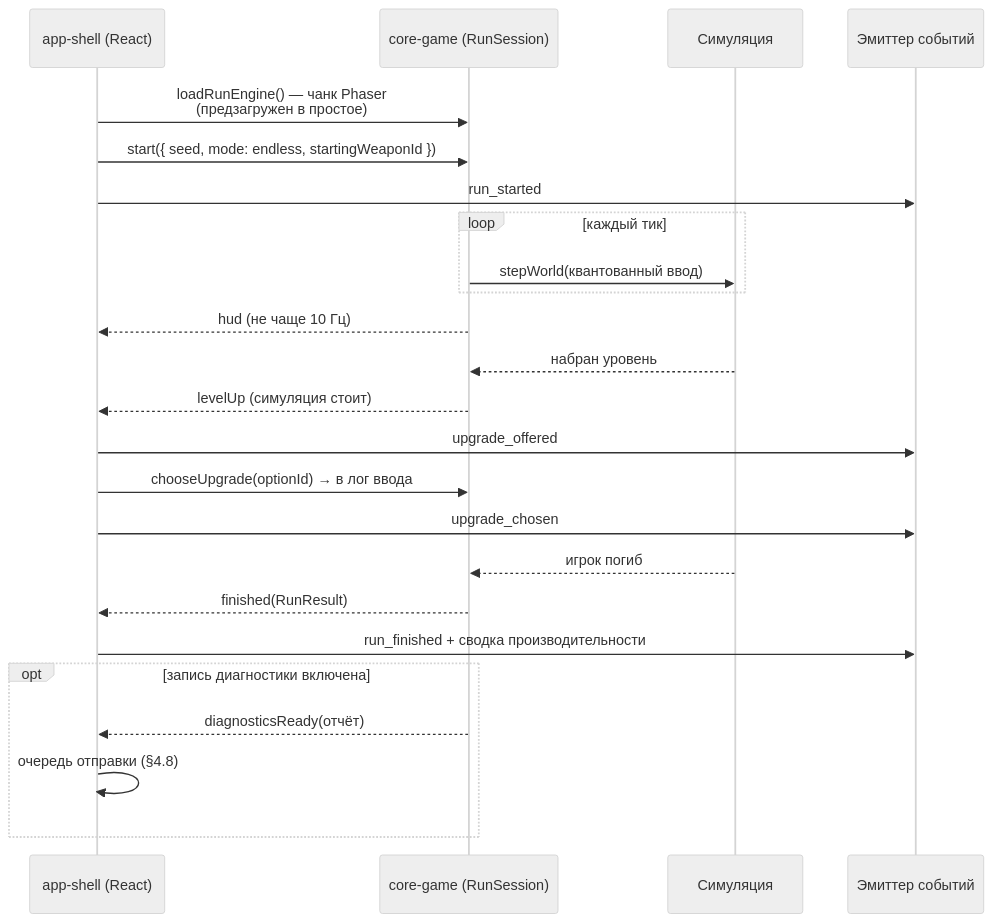
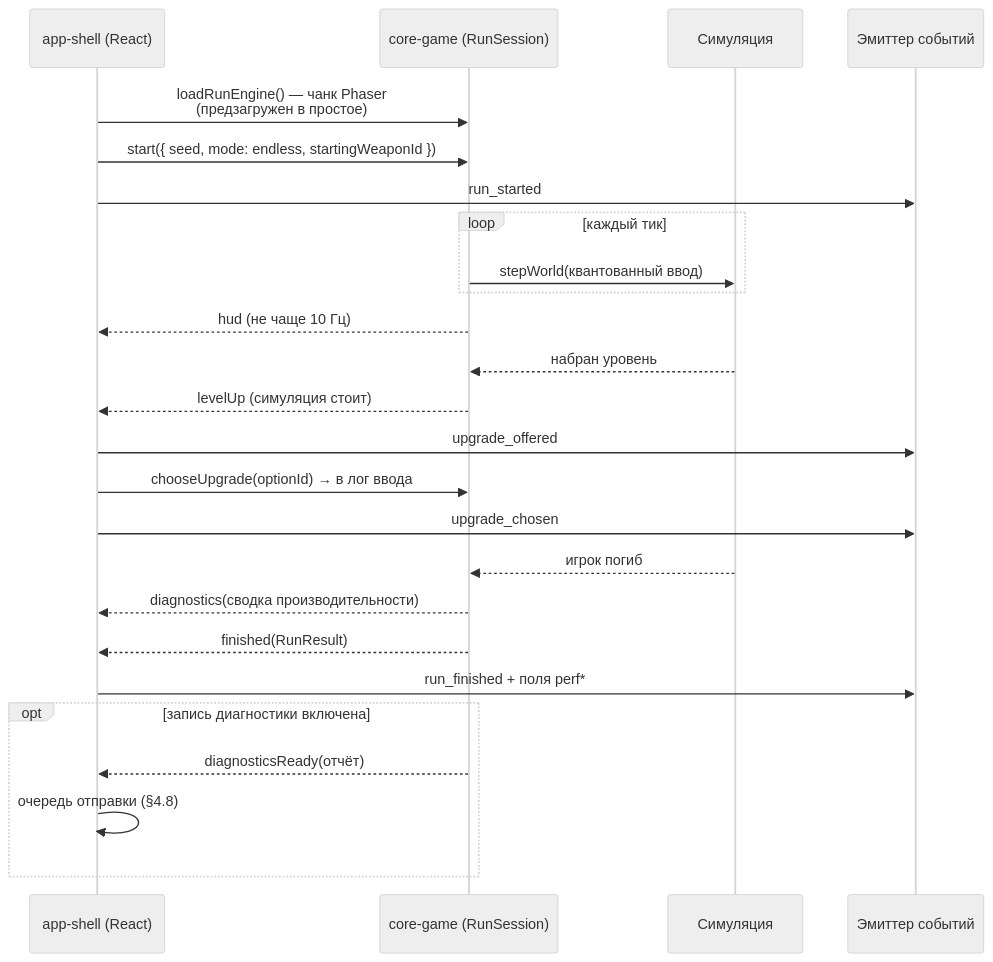
Before and after one commit to JJSGxKD/rubezh: diagram 14 of 22 in docs/21-diagrams.md, drawn with Mermaid (neutral theme). The commit also changed 14 other files, not shown here.

````diff
--- a/docs/21-diagrams.md
+++ b/docs/21-diagrams.md
@@ -819,27 +819,28 @@
 ```mermaid
 sequenceDiagram
     participant UI as app-shell (React)
     participant E as core-game (RunSession)
     participant S as Симуляция
     participant T as Эмиттер событий
 
     UI->>E: loadRunEngine() — чанк Phaser<br/>(предзагружен в простое)
     UI->>E: start({ seed, mode: endless, startingWeaponId })
     UI->>T: run_started
     loop каждый тик
         E->>S: stepWorld(квантованный ввод)
     end
     E-->>UI: hud (не чаще 10 Гц)
     S-->>E: набран уровень
     E-->>UI: levelUp (симуляция стоит)
     UI->>T: upgrade_offered
     UI->>E: chooseUpgrade(optionId) → в лог ввода
     UI->>T: upgrade_chosen
     S-->>E: игрок погиб
+    E-->>UI: diagnostics(сводка производительности)
     E-->>UI: finished(RunResult)
-    UI->>T: run_finished + сводка производительности
+    UI->>T: run_finished + поля perf*
     opt запись диагностики включена
         E-->>UI: diagnosticsReady(отчёт)
         UI->>UI: очередь отправки (§4.8)
     end
 ```
````
